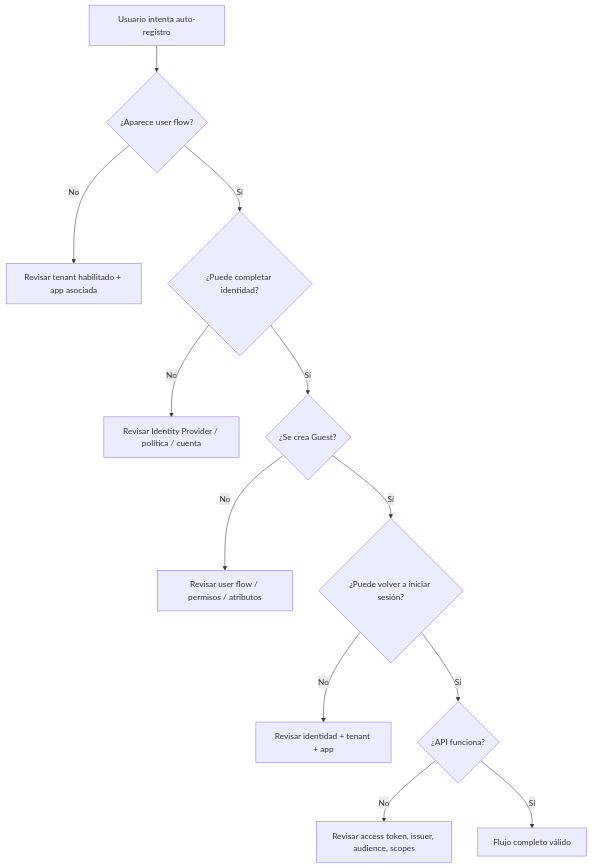
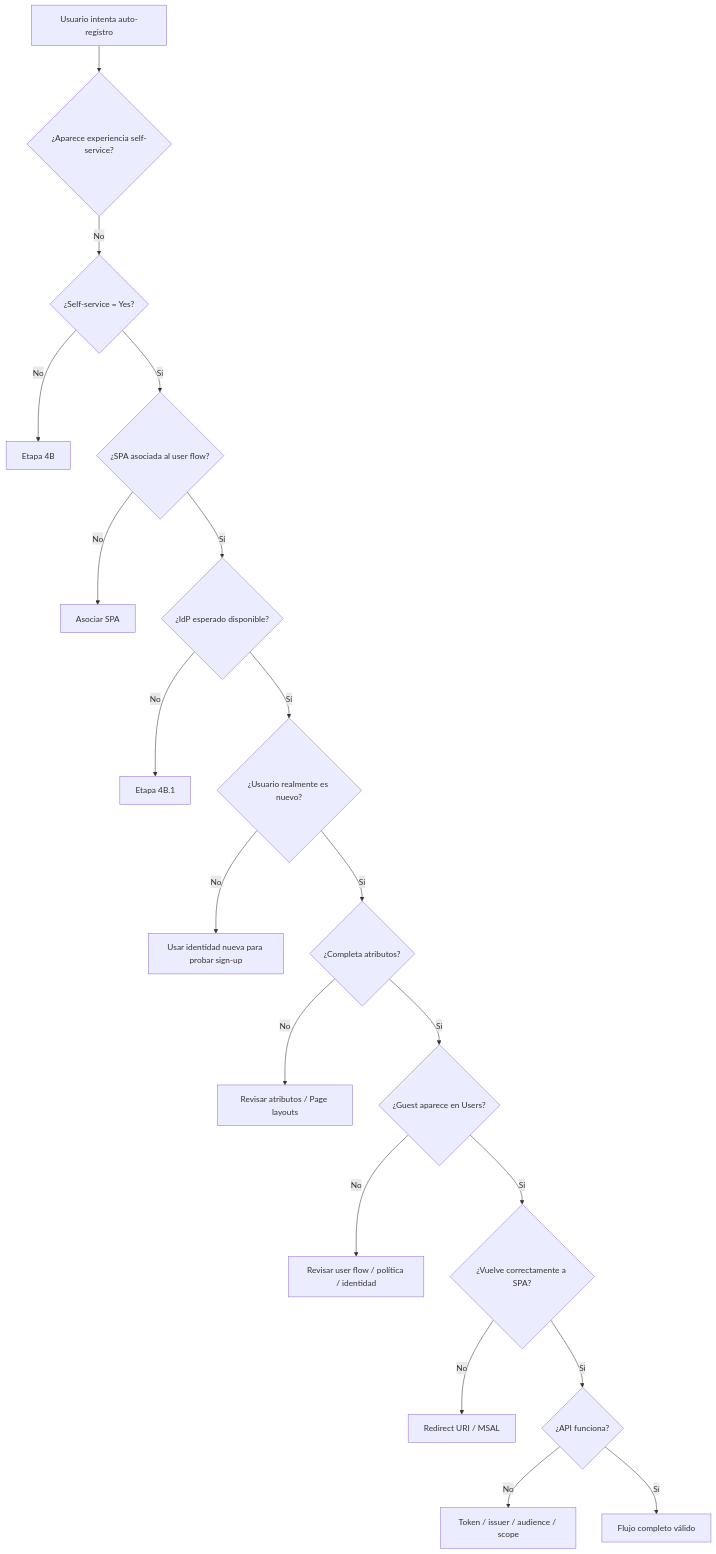
One commit to cmartinezs/DSY1107-DESARROLLO-CLOUD-NATIVE-I-2026-2 changed the second of 6 diagrams in docs/identity/entra-guia-completa/04e-self-service-pruebas-troubleshooting.md. Above: the diagram before and after it, drawn with Mermaid. The commit also changed other lines of this file, not shown here.

Commit message:
docs(identity): expand self-service test matrix and troubleshooting

````diff
--- a/docs/identity/entra-guia-completa/04e-self-service-pruebas-troubleshooting.md
+++ b/docs/identity/entra-guia-completa/04e-self-service-pruebas-troubleshooting.md
@@ -23,14 +106,21 @@
 ```mermaid
 flowchart TD
-    A[Usuario intenta auto-registro] --> B{¿Aparece user flow?}
-    B -- No --> C[Revisar tenant habilitado + app asociada]
-    B -- Sí --> D{¿Puede completar identidad?}
-    D -- No --> E[Revisar Identity Provider / política / cuenta]
-    D -- Sí --> F{¿Se crea Guest?}
-    F -- No --> G[Revisar user flow / permisos / atributos]
-    F -- Sí --> H{¿Puede volver a iniciar sesión?}
-    H -- No --> I[Revisar identidad + tenant + app]
-    H -- Sí --> J{¿API funciona?}
-    J -- No --> K[Revisar access token, issuer, audience, scopes]
+    A[Usuario intenta auto-registro] --> B{¿Aparece experiencia self-service?}
+    B -- No --> C{¿Self-service = Yes?}
+    C -- No --> C1[Etapa 4B]
+    C -- Sí --> D{¿SPA asociada al user flow?}
+    D -- No --> D1[Asociar SPA]
+    D -- Sí --> E{¿IdP esperado disponible?}
+    E -- No --> E1[Etapa 4B.1]
+    E -- Sí --> F{¿Usuario realmente es nuevo?}
+    F -- No --> F1[Usar identidad nueva para probar sign-up]
+    F -- Sí --> G{¿Completa atributos?}
+    G -- No --> G1[Revisar atributos / Page layouts]
+    G -- Sí --> H{¿Guest aparece en Users?}
+    H -- No --> H1[Revisar user flow / política / identidad]
+    H -- Sí --> I{¿Vuelve correctamente a SPA?}
+    I -- No --> I1[Redirect URI / MSAL]
+    I -- Sí --> J{¿API funciona?}
+    J -- No --> J1[Token / issuer / audience / scope]
     J -- Sí --> OK[Flujo completo válido]
 ```
````
